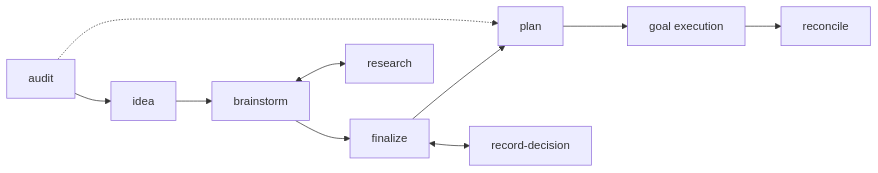
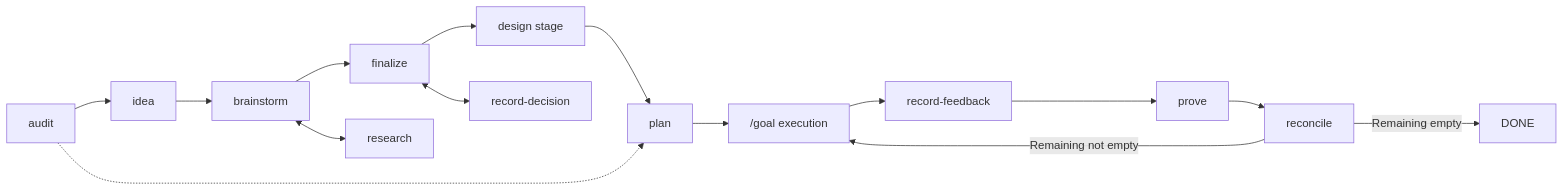
One commit to tailrocks/tailrocks-skills changed the diagram in docs/content/docs/delivery/index.mdx. Above: the diagram before and after it, drawn with Mermaid. The commit also changed other lines of this file and 152 other files, not shown here.

````diff
--- a/docs/content/docs/delivery/index.mdx
+++ b/docs/content/docs/delivery/index.mdx
@@ -20,7 +20,10 @@
 ```mermaid
 flowchart LR
-  audit --> idea --> brainstorm --> finalize --> plan --> exec["goal execution"] --> reconcile
+  audit --> idea --> brainstorm --> finalize --> design["design stage"] --> plan --> exec["/goal execution"]
+  exec --> feedback["record-feedback"] --> prove --> reconcile
+  reconcile -->|Remaining not empty| exec
+  reconcile -->|Remaining empty| done["DONE"]
   audit -.-> plan
   brainstorm <--> research
   finalize <--> decision["record-decision"]
 ```
````
